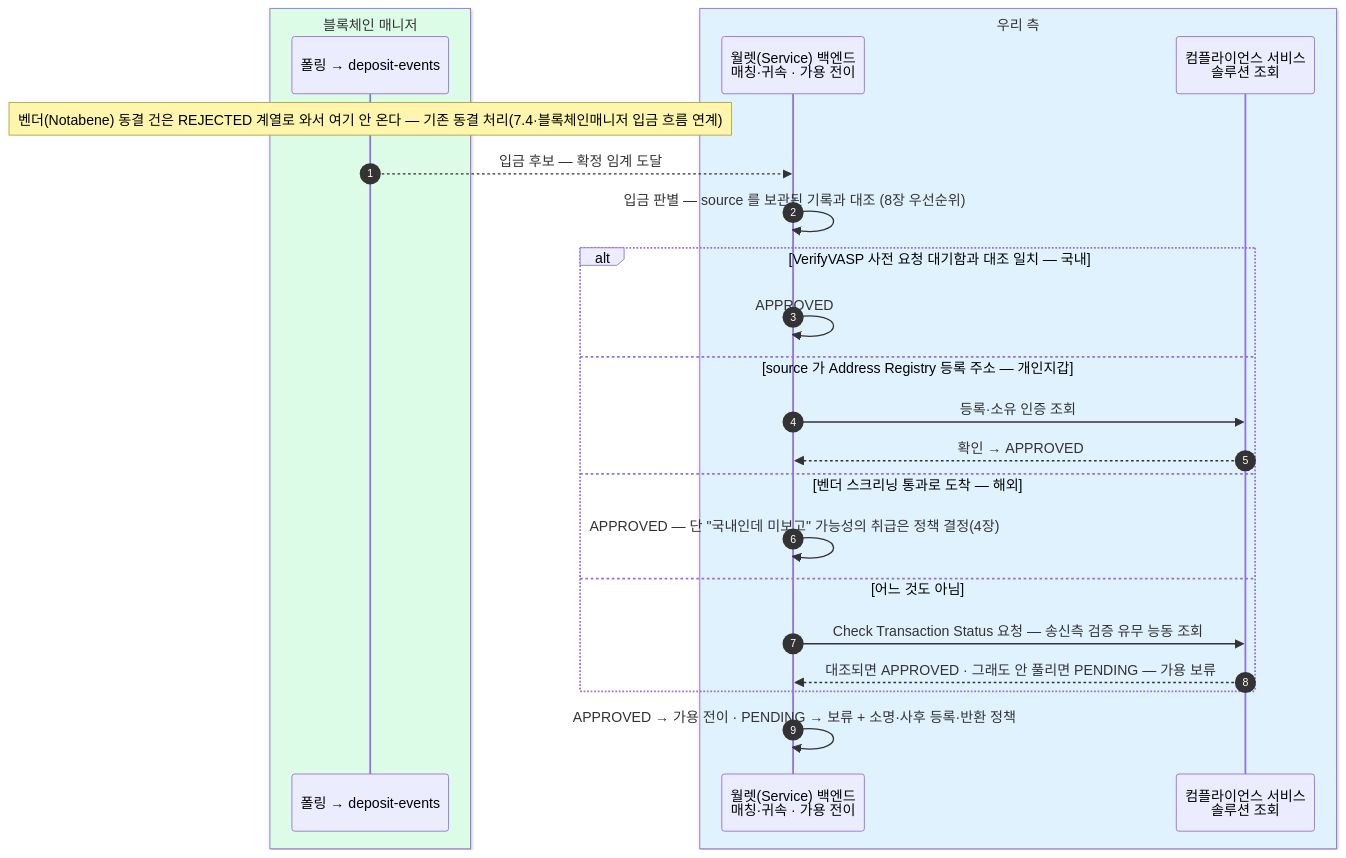
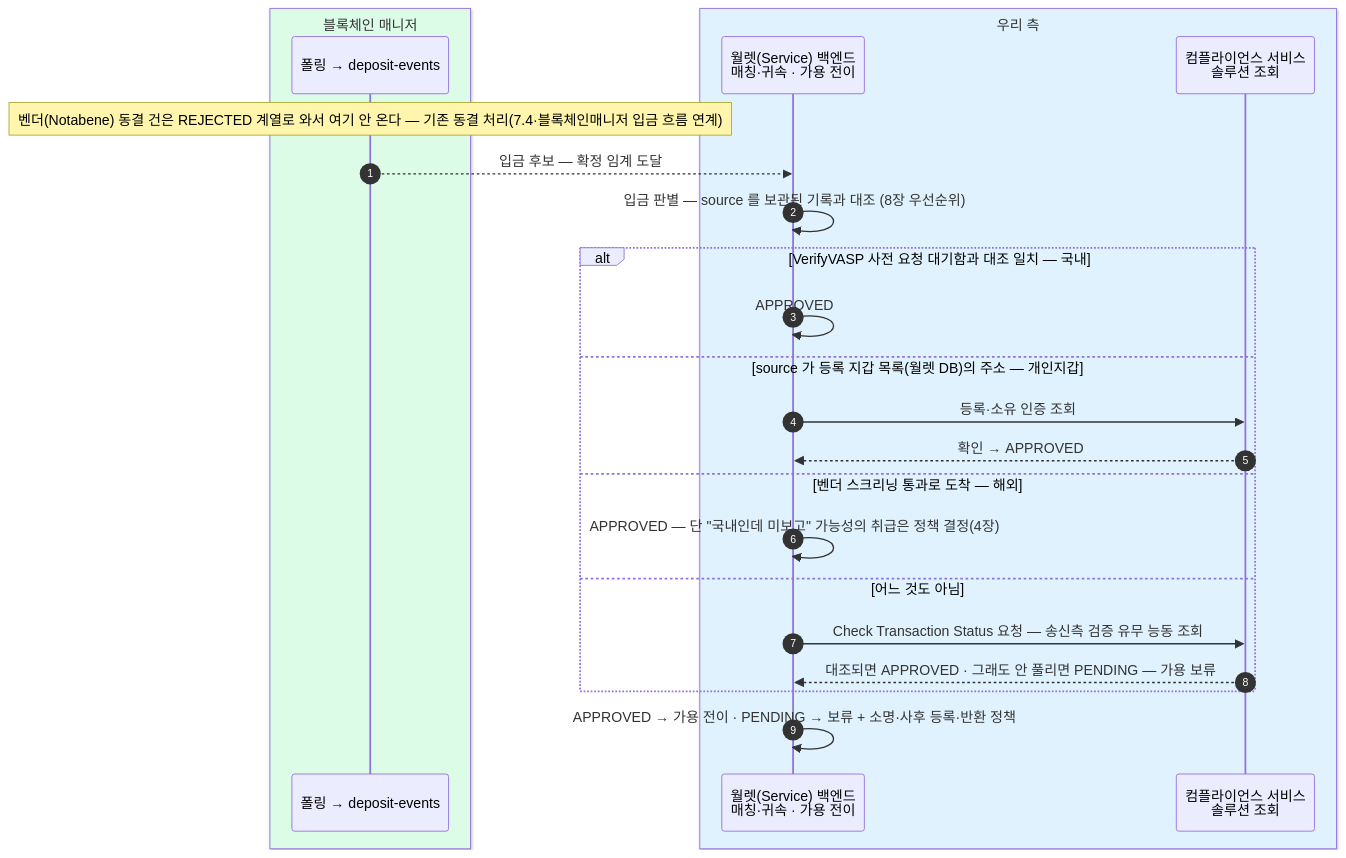
Before and after one commit to eunsujeo/eunpus: the fifth of 11 diagrams in blockchain-manager/docs/트래블룰/설계/07-scenarios.md, drawn with Mermaid. The commit also changed other lines of this file and 8 other files, not shown here.

````diff
--- a/blockchain-manager/docs/트래블룰/설계/07-scenarios.md
+++ b/blockchain-manager/docs/트래블룰/설계/07-scenarios.md
@@ -228,27 +228,27 @@
 ```mermaid
 sequenceDiagram
     autonumber
     box rgb(220,252,231) 블록체인 매니저
     participant BM as 폴링 → deposit-events
     end
     box rgb(224,242,254) 우리 측
     participant BE as 월렛(Service) 백엔드<br/>매칭·귀속 · 가용 전이
     participant GT as 컴플라이언스 서비스<br/>솔루션 조회
     end
 
     Note over BM: 벤더(Notabene) 동결 건은 REJECTED 계열로 와서 여기 안 온다 — 기존 동결 처리(7.4·블록체인매니저 입금 흐름 연계)
     BM-->>BE: 입금 후보 — 확정 임계 도달
     BE->>BE: 입금 판별 — source 를 보관된 기록과 대조 (8장 우선순위)
     alt VerifyVASP 사전 요청 대기함과 대조 일치 — 국내
         BE->>BE: APPROVED
-    else source 가 Address Registry 등록 주소 — 개인지갑
+    else source 가 등록 지갑 목록(월렛 DB)의 주소 — 개인지갑
         BE->>GT: 등록·소유 인증 조회
         GT-->>BE: 확인 → APPROVED
     else 벤더 스크리닝 통과로 도착 — 해외
         BE->>BE: APPROVED — 단 "국내인데 미보고" 가능성의 취급은 정책 결정(4장)
     else 어느 것도 아님
         BE->>GT: Check Transaction Status 요청 — 송신측 검증 유무 능동 조회
         GT-->>BE: 대조되면 APPROVED · 그래도 안 풀리면 PENDING — 가용 보류
     end
     BE->>BE: APPROVED → 가용 전이 · PENDING → 보류 + 소명·사후 등록·반환 정책
 ```
````
